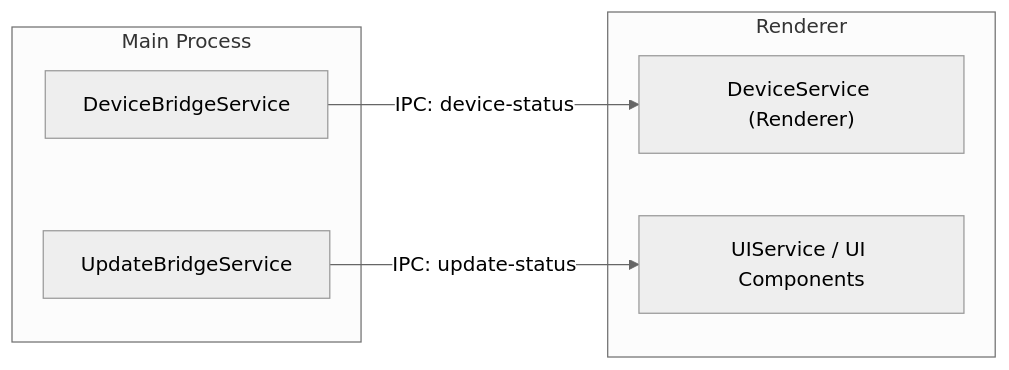
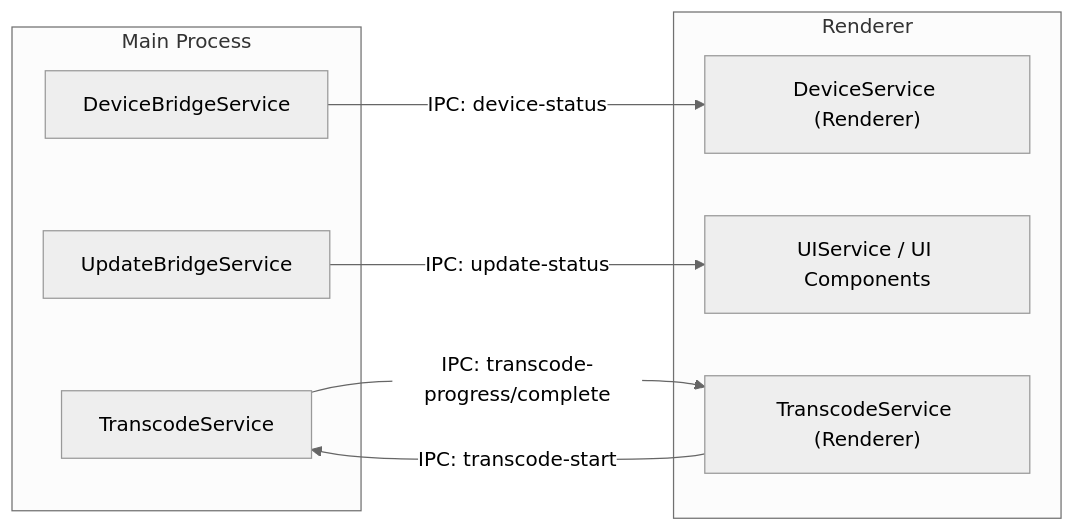
The seventh of 7 diagrams in docs/architecture-diagrams.md (josstei/prismgb-app), drawn with Mermaid (neutral theme) before and after one commit. The commit also changed other lines of this file and 80 other files, not shown here.

Commit message:
feat(transcode): add FFmpeg transcoding with progress indicator (#71)

````diff
--- a/docs/architecture-diagrams.md
+++ b/docs/architecture-diagrams.md
@@ -143,15 +178,19 @@
 ```mermaid
 flowchart LR
   subgraph MAIN[Main Process]
     DeviceBridge[DeviceBridgeService]
     UpdateBridge[UpdateBridgeService]
+    TranscodeService[TranscodeService]
   end
 
   subgraph RENDERER[Renderer]
     DeviceServiceRenderer["DeviceService (Renderer)"]
     UIService["UIService / UI Components"]
+    TranscodeServiceRenderer["TranscodeService (Renderer)"]
   end
 
   DeviceBridge -- IPC: device-status --> DeviceServiceRenderer
   UpdateBridge -- IPC: update-status --> UIService
+  TranscodeServiceRenderer -- IPC: transcode-start --> TranscodeService
+  TranscodeService -- IPC: transcode-progress/complete --> TranscodeServiceRenderer
 ```
````
